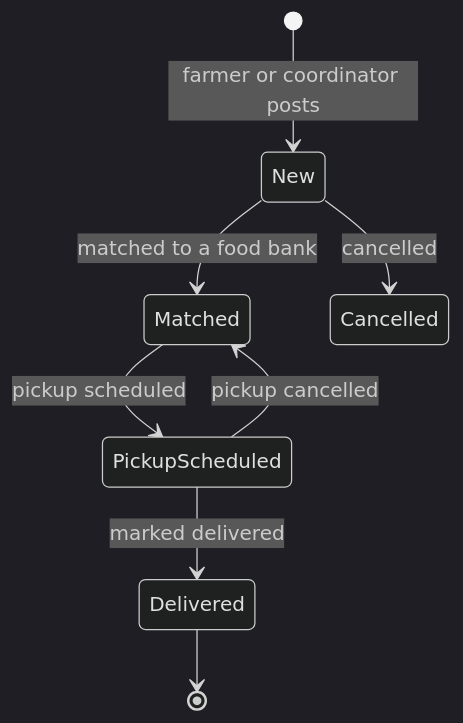
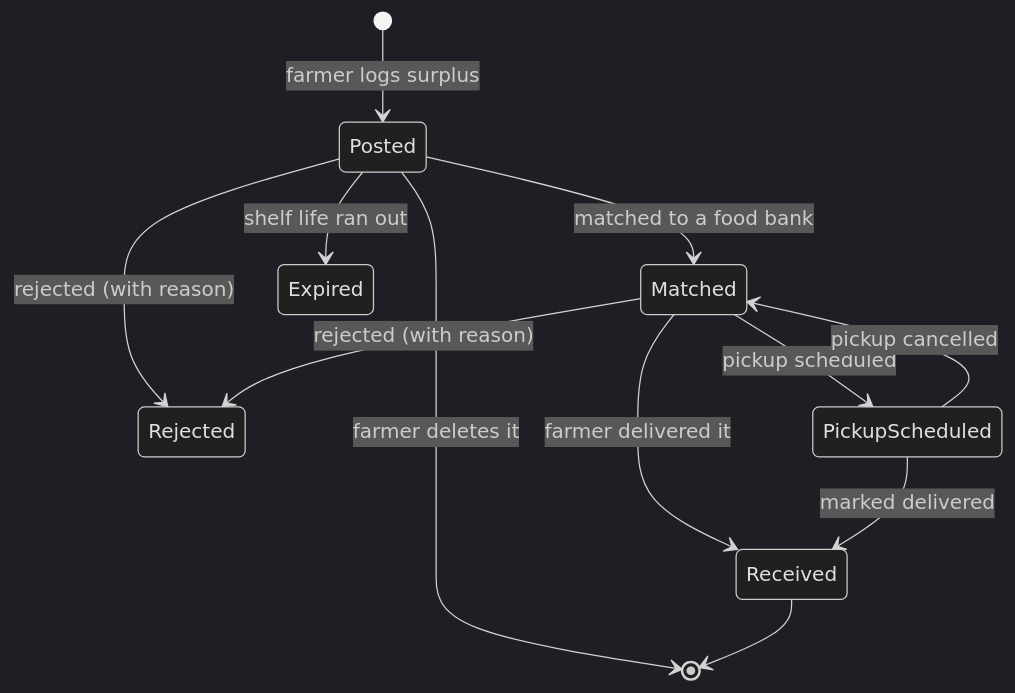
One commit to ritztan/Siloo changed the third of 6 diagrams in README.md. Above: the diagram before and after it, drawn with Mermaid (dark theme). The commit also changed other lines of this file and 10 other files, not shown here.

First line of the commit message:
Farmer portal: Home, Log surplus, My donations, Farm profile

````diff
--- a/README.md
+++ b/README.md
@@ -120,10 +132,14 @@
 ```mermaid
 stateDiagram-v2
-    [*] --> New: farmer or coordinator posts
-    New --> Matched: matched to a food bank
-    New --> Cancelled: cancelled
+    [*] --> Posted: farmer logs surplus
+    Posted --> Matched: matched to a food bank
+    Posted --> Rejected: rejected (with reason)
+    Posted --> Expired: shelf life ran out
+    Posted --> [*]: farmer deletes it
     Matched --> PickupScheduled: pickup scheduled
+    Matched --> Received: farmer delivered it
+    Matched --> Rejected: rejected (with reason)
     PickupScheduled --> Matched: pickup cancelled
-    PickupScheduled --> Delivered: marked delivered
-    Delivered --> [*]
+    PickupScheduled --> Received: marked delivered
+    Received --> [*]
 ```
````
